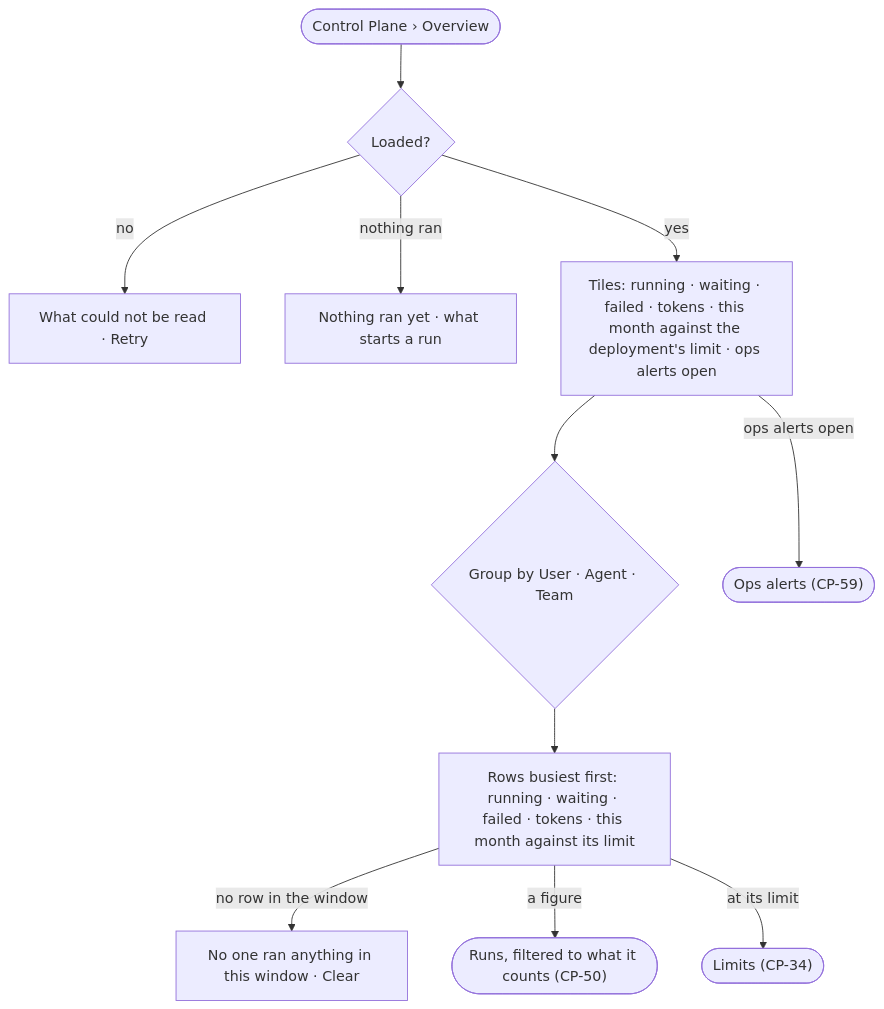
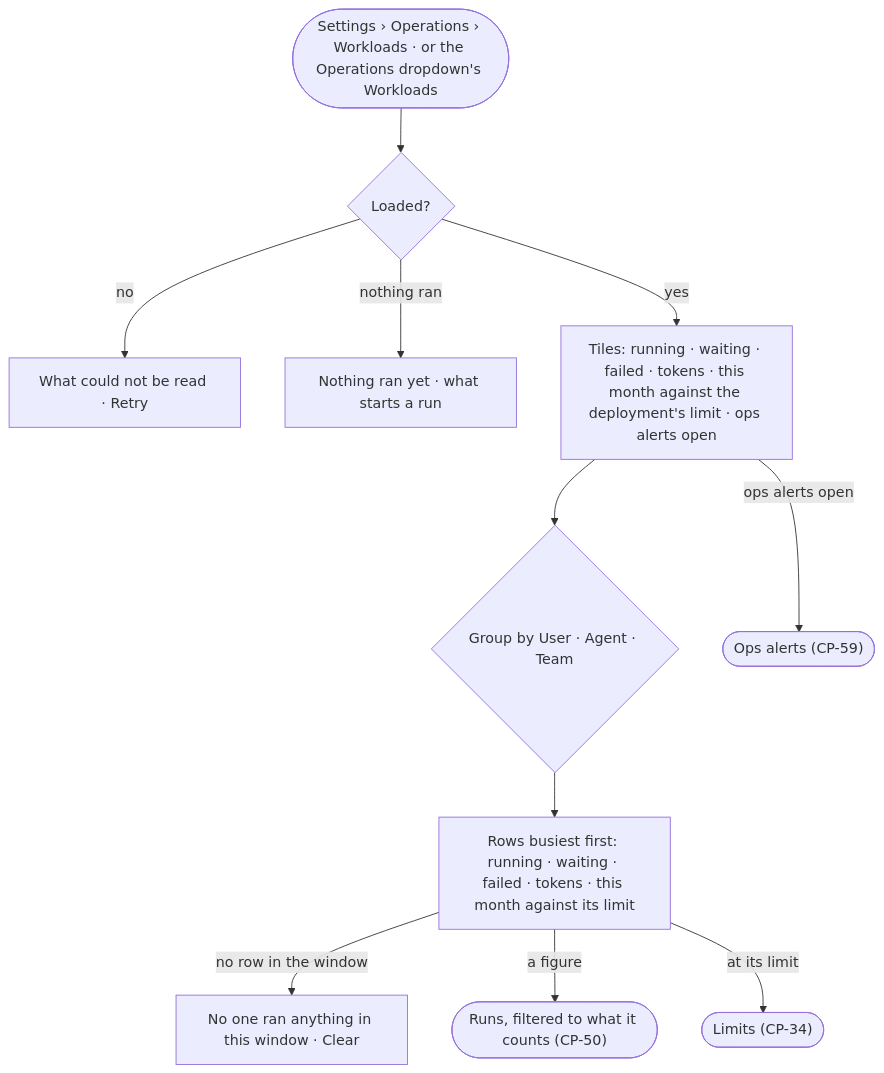
One commit to invana/invana changed the diagram in specs/os/control/features/CP-F09-overview/stories/CP-47-see-workloads-by-user-agent-and-team/story.md. Above: the diagram before and after it, drawn with Mermaid. The commit also changed other lines of this file and 7 other files, not shown here.

````diff
--- a/specs/os/control/features/CP-F09-overview/stories/CP-47-see-workloads-by-user-agent-and-team/story.md
+++ b/specs/os/control/features/CP-F09-overview/stories/CP-47-see-workloads-by-user-agent-and-team/story.md
@@ -27,13 +27,13 @@
 ```mermaid
 flowchart TD
-  s([Control Plane › Overview]) --> l{"Loaded?"}
+  s([Settings › Operations › Workloads · or the Operations dropdown's Workloads]) --> l{"Loaded?"}
   l -->|no| f["What could not be read · Retry"]
   l -->|nothing ran| e["Nothing ran yet · what starts a run"]
   l -->|yes| t["Tiles: running · waiting · failed · tokens · this month against the deployment's limit · ops alerts open"]
   t --> g{"Group by User · Agent · Team"}
   g --> r["Rows busiest first: running · waiting · failed · tokens · this month against its limit"]
   r -->|no row in the window| em["No one ran anything in this window · Clear"]
   r -->|a figure| runs(["Runs, filtered to what it counts (CP-50)"])
   t -->|ops alerts open| al(["Ops alerts (CP-59)"])
   r -->|at its limit| lim(["Limits (CP-34)"])
 ```
````
